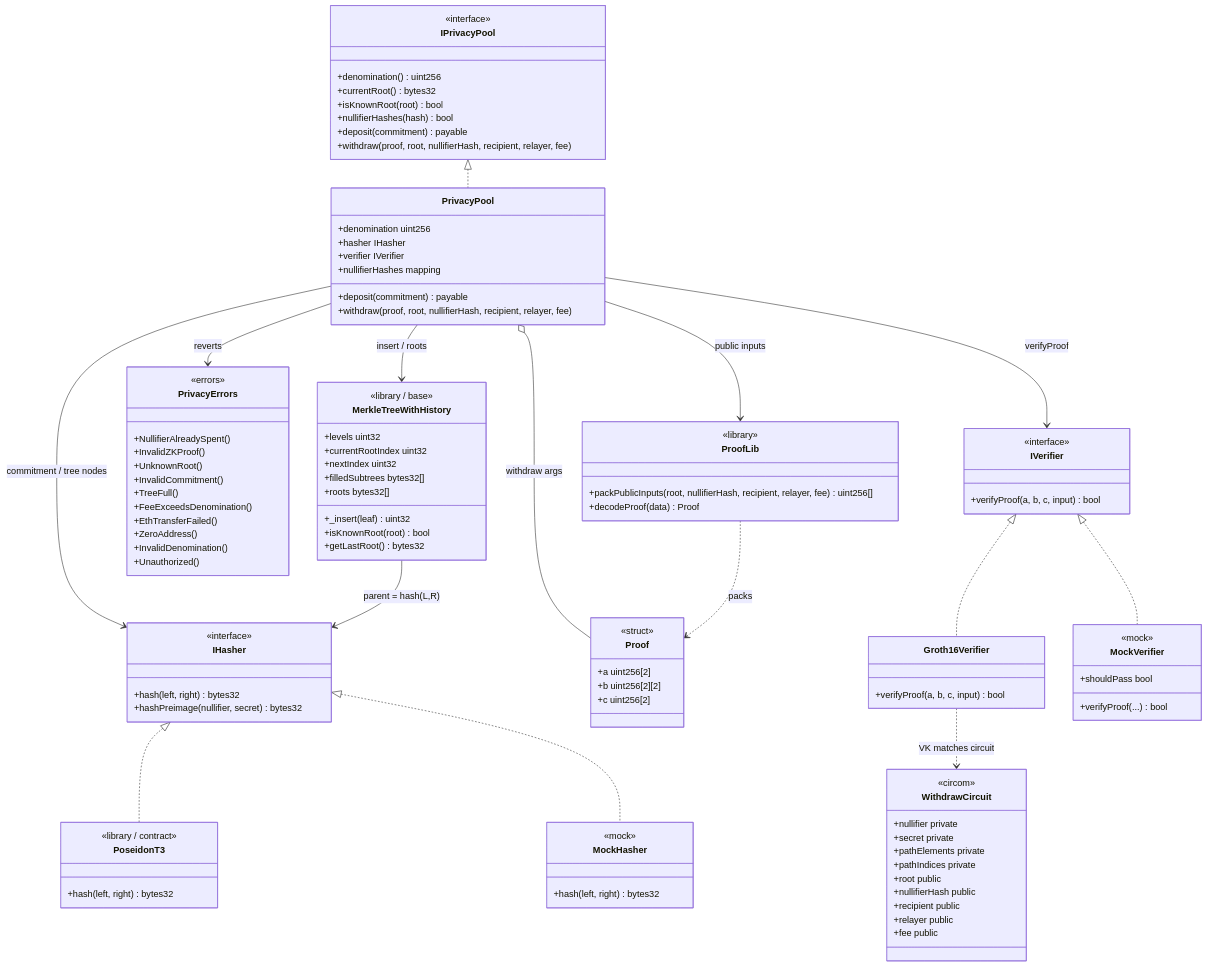
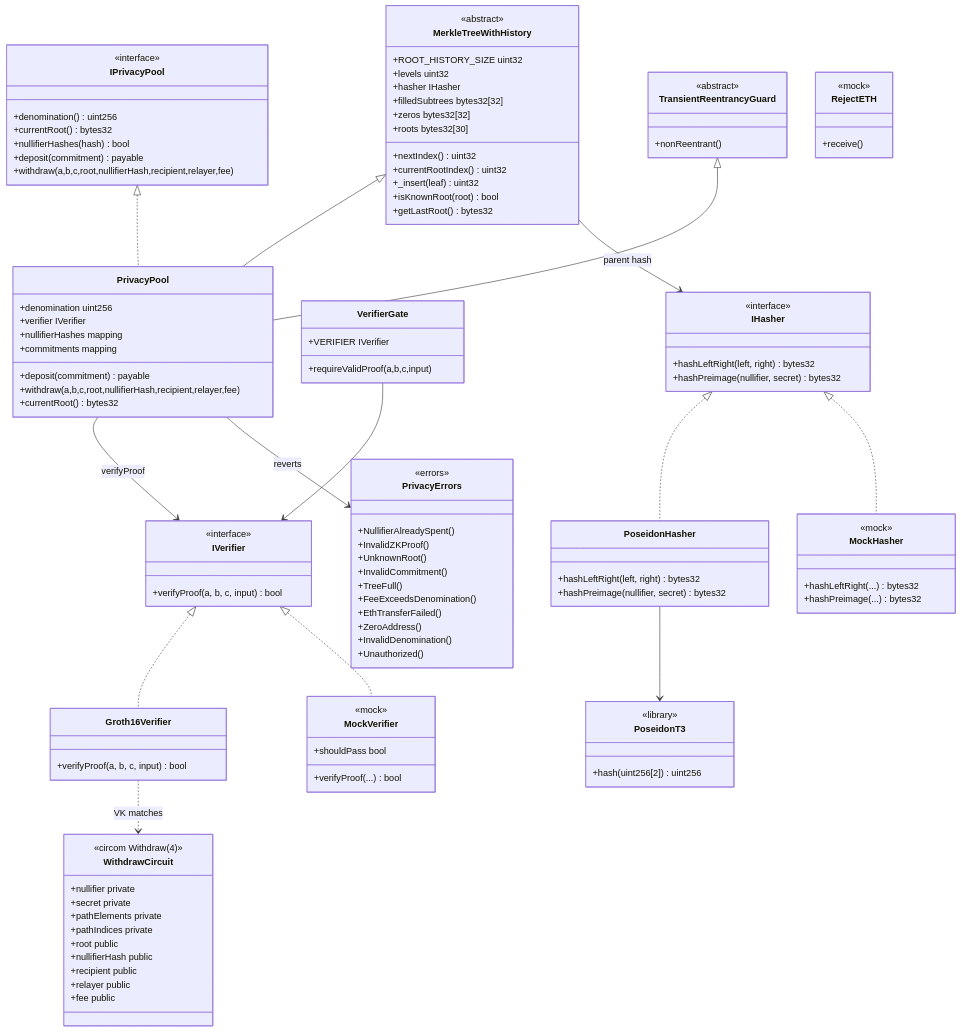
Before and after one commit to rastrahm/zk-snarks-privacy: the diagram in doc/diagrama-de-clases.md, drawn with Mermaid. The commit also changed other lines of this file and 15 other files, not shown here.

````diff
--- a/doc/diagrama-de-clases.md
+++ b/doc/diagrama-de-clases.md
@@ -12,15 +13,14 @@
         <<interface>>
         +denomination() uint256
         +currentRoot() bytes32
-        +isKnownRoot(root) bool
         +nullifierHashes(hash) bool
         +deposit(commitment) payable
-        +withdraw(proof, root, nullifierHash, recipient, relayer, fee)
+        +withdraw(a,b,c,root,nullifierHash,recipient,relayer,fee)
     }
 
     class IHasher {
         <<interface>>
-        +hash(left, right) bytes32
+        +hashLeftRight(left, right) bytes32
         +hashPreimage(nullifier, secret) bytes32
     }
 
@@ -43,47 +43,53 @@
         +Unauthorized()
     }
 
+    class TransientReentrancyGuard {
+        <<abstract>>
+        +nonReentrant()
+    }
+
     class PoseidonT3 {
-        <<library / contract>>
-        +hash(left, right) bytes32
+        <<library>>
+        +hash(uint256[2]) uint256
+    }
+
+    class PoseidonHasher {
+        +hashLeftRight(left, right) bytes32
+        +hashPreimage(nullifier, secret) bytes32
     }
 
     class MerkleTreeWithHistory {
-        <<library / base>>
+        <<abstract>>
+        +ROOT_HISTORY_SIZE uint32
         +levels uint32
-        +currentRootIndex uint32
-        +nextIndex uint32
-        +filledSubtrees bytes32[]
-        +roots bytes32[]
+        +hasher IHasher
+        +filledSubtrees bytes32[32]
+        +zeros bytes32[32]
+        +roots bytes32[30]
+        +nextIndex() uint32
+        +currentRootIndex() uint32
         +_insert(leaf) uint32
         +isKnownRoot(root) bool
         +getLastRoot() bytes32
-    }
-
-    class ProofLib {
-        <<library>>
-        +packPublicInputs(root, nullifierHash, recipient, relayer, fee) uint256[]
-        +decodeProof(data) Proof
-    }
-
-    class Proof {
-        <<struct>>
-        +a uint256[2]
-        +b uint256[2][2]
-        +c uint256[2]
     }
 
     class Groth16Verifier {
         +verifyProof(a, b, c, input) bool
     }
 
+    class VerifierGate {
+        +VERIFIER IVerifier
+        +requireValidProof(a,b,c,input)
+    }
+
     class PrivacyPool {
         +denomination uint256
-        +hasher IHasher
         +verifier IVerifier
         +nullifierHashes mapping
+        +commitments mapping
         +deposit(commitment) payable
-        +withdraw(proof, root, nullifierHash, recipient, relayer, fee)
+        +withdraw(a,b,c,root,nullifierHash,recipient,relayer,fee)
+        +currentRoot() bytes32
     }
 
     class MockVerifier {
@@ -94,11 +100,17 @@
 
     class MockHasher {
         <<mock>>
-        +hash(left, right) bytes32
+        +hashLeftRight(...) bytes32
+        +hashPreimage(...) bytes32
+    }
+
+    class RejectETH {
+        <<mock>>
+        +receive()
     }
 
     class WithdrawCircuit {
-        <<circom>>
+        <<circom Withdraw(4)>>
         +nullifier private
         +secret private
         +pathElements private
@@ -111,19 +123,17 @@
     }
 
     IPrivacyPool <|.. PrivacyPool
-    IHasher <|.. PoseidonT3
+    IHasher <|.. PoseidonHasher
     IHasher <|.. MockHasher
     IVerifier <|.. Groth16Verifier
     IVerifier <|.. MockVerifier
 
-    PrivacyPool --> IHasher : commitment / tree nodes
+    TransientReentrancyGuard <|-- PrivacyPool
+    MerkleTreeWithHistory <|-- PrivacyPool
+    PoseidonHasher --> PoseidonT3
+    VerifierGate --> IVerifier
     PrivacyPool --> IVerifier : verifyProof
-    PrivacyPool --> MerkleTreeWithHistory : insert / roots
-    PrivacyPool --> ProofLib : public inputs
     PrivacyPool --> PrivacyErrors : reverts
-    PrivacyPool o-- Proof : withdraw args
-
-    MerkleTreeWithHistory --> IHasher : parent = hash(L,R)
-    ProofLib ..> Proof : packs
-    Groth16Verifier ..> WithdrawCircuit : VK matches circuit
+    MerkleTreeWithHistory --> IHasher : parent hash
+    Groth16Verifier ..> WithdrawCircuit : VK matches
 ```
````
